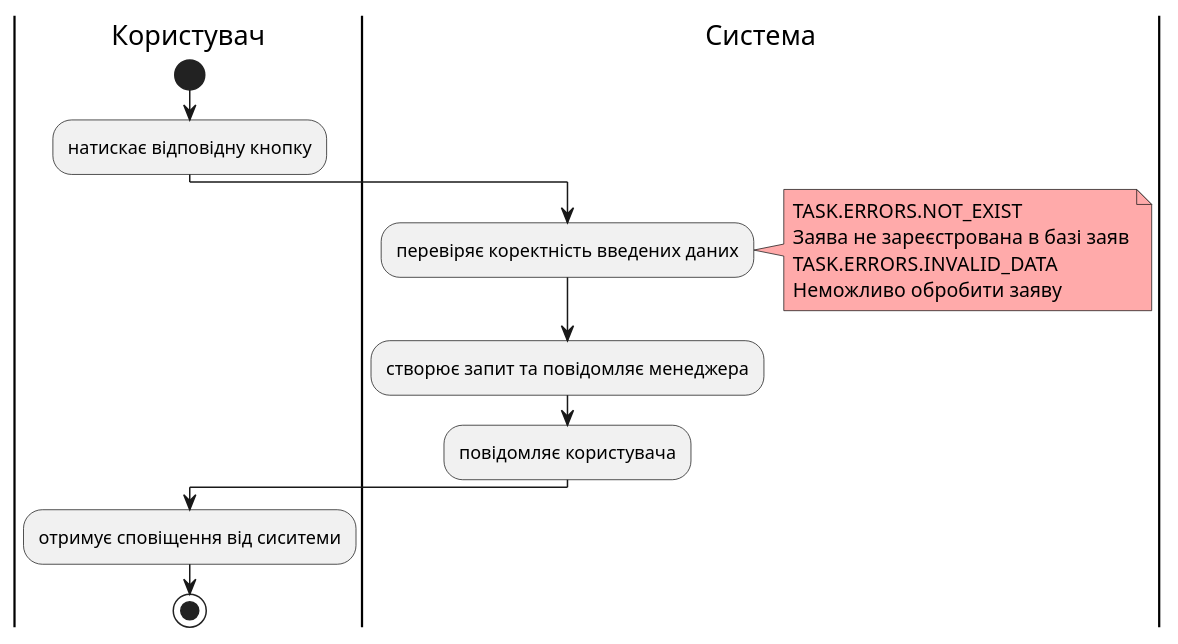
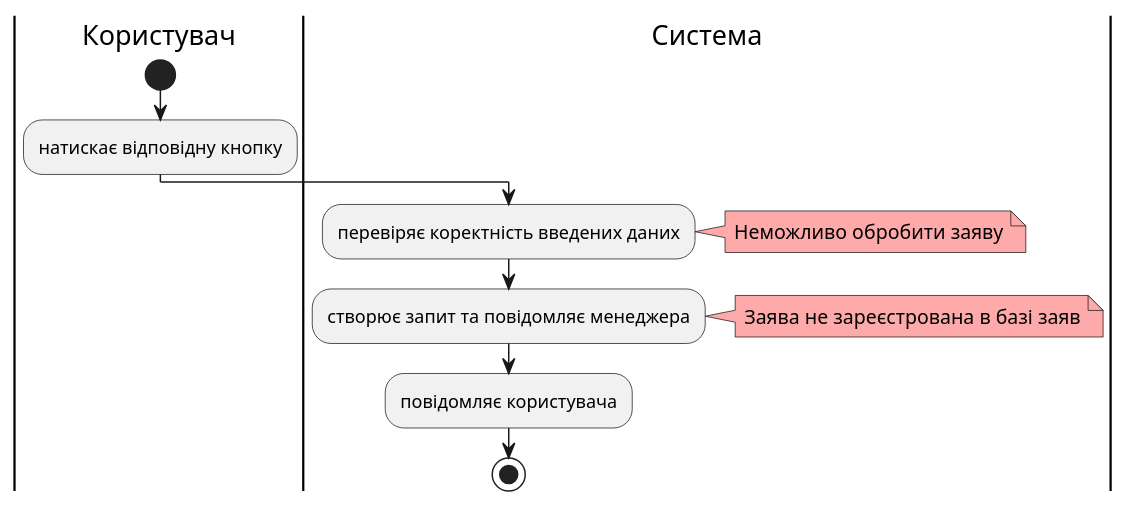
The third of 4 diagrams in docs/use cases/README.md (boldak/edu-db-cw), drawn with PlantUML before and after one commit. The commit also changed other lines of this file, not shown here.

Commit message:
add diagrams

```diff
--- a/docs/use cases/README.md
+++ b/docs/use cases/README.md
@@ -225,21 +228,19 @@
 @startuml
 
             
     |Користувач|
      start
       :натискає відповідну кнопку;
     |Система|
       :перевіряє коректність введених даних;
-      note right #ffaaaa
-       TASK.ERRORS.NOT_EXIST 
-       Заява не зареєстрована в базі заяв
-       TASK.ERRORS.INVALID_DATA
+      note right #ffaaaa 
        Неможливо обробити заяву
       end note
       :створює запит та повідомляє менеджера;
+       note right #ffaaaa 
+       Заява не зареєстрована в базі заяв
+       end note
       :повідомляє користувача;
-    |Користувач|
-      :отримує сповіщення від сиситеми;
     stop;
             
 @enduml
```
